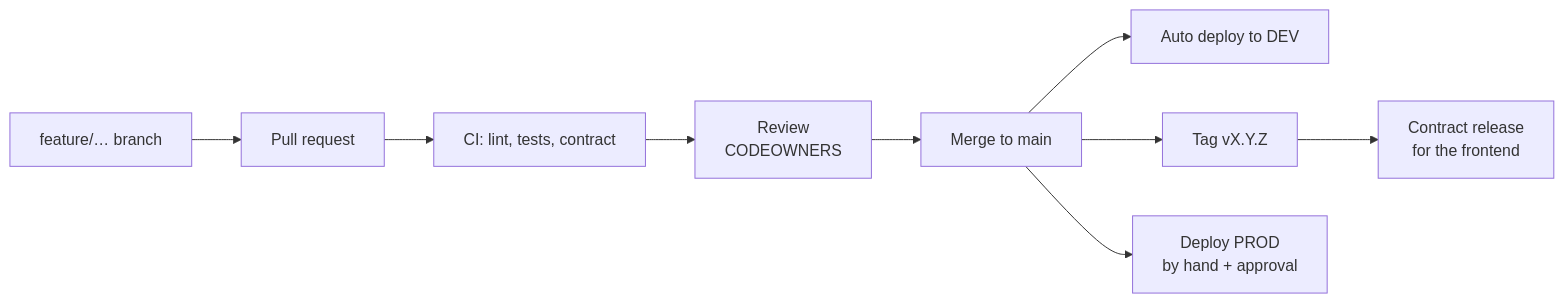
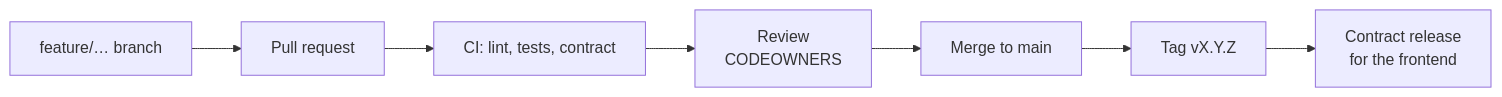
One commit to poornesh2026/Radial-Pulse-Backend changed the diagram in docs/development/git-workflow.md. Above: the diagram before and after it, drawn with Mermaid. The commit also changed other lines of this file and 15 other files, not shown here.

````diff
--- a/docs/development/git-workflow.md
+++ b/docs/development/git-workflow.md
@@ -5,6 +5,5 @@
 ```mermaid
 flowchart LR
-  B[feature/… branch] --> PR[Pull request] --> CI[CI: lint, tests, contract] --> R[Review<br/>CODEOWNERS] --> M[Merge to main] --> D[Auto deploy to DEV]
+  B[feature/… branch] --> PR[Pull request] --> CI[CI: lint, tests, contract] --> R[Review<br/>CODEOWNERS] --> M[Merge to main]
   M --> T[Tag vX.Y.Z] --> C[Contract release<br/>for the frontend]
-  M --> P[Deploy PROD<br/>by hand + approval]
 ```
````
